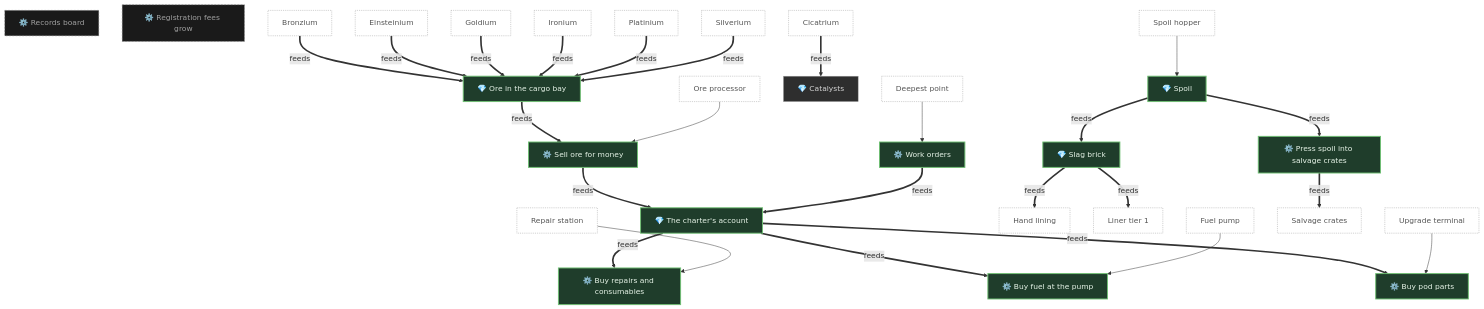
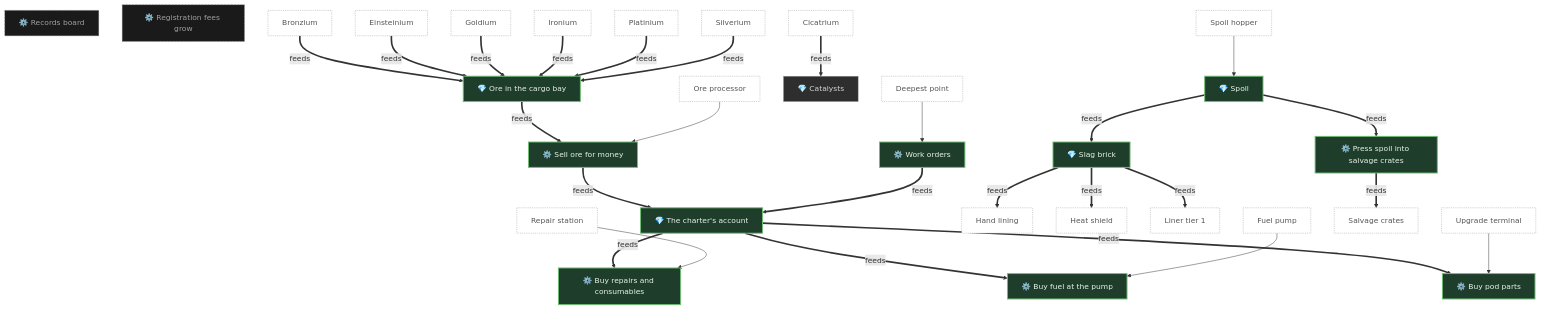
Diagram 29 of 30 in docs/FEATURE-MAP.md (pkeppeler/deepcharter), drawn with Mermaid before and after one commit. The commit also changed other lines of this file and 4 other files, not shown here.

First line of the commit message:
Feature map: merge main (#501); the heat shield is built

````diff
--- a/docs/FEATURE-MAP.md
+++ b/docs/FEATURE-MAP.md
@@ -1536,65 +1537,67 @@
 ```mermaid
 flowchart TB
   n_ore_in_bay["💎 Ore in the cargo bay"]
   n_sell_ore["⚙️ Sell ore for money"]
   n_spoil["💎 Spoil"]
   n_work_orders["⚙️ Work orders"]
   n_charter_account["💎 The charter's account"]
   n_crate_press["⚙️ Press spoil into salvage crates"]
   n_slag_brick["💎 Slag brick"]
   n_buy_consumables["⚙️ Buy repairs and consumables"]
   n_buy_fuel["⚙️ Buy fuel at the pump"]
   n_buy_parts["⚙️ Buy pod parts"]
   n_catalysts["💎 Catalysts"]
   n_records_board["⚙️ Records board"]
   n_registration_fees["⚙️ Registration fees grow"]
   n_bronzium["Bronzium"]
   n_cicatrium["Cicatrium"]
   n_deepest_point["Deepest point"]
   n_einsteinium["Einsteinium"]
   n_fuel_pump["Fuel pump"]
   n_goldium["Goldium"]
   n_hand_lining["Hand lining"]
+  n_heat_shield["Heat shield"]
   n_ironium["Ironium"]
   n_liner_t1["Liner tier 1"]
   n_ore_processor["Ore processor"]
   n_platinium["Platinium"]
   n_repair_station["Repair station"]
   n_salvage_crate["Salvage crates"]
   n_silverium["Silverium"]
   n_spoil_hopper["Spoil hopper"]
   n_upgrade_terminal["Upgrade terminal"]
   n_bronzium == feeds ==> n_ore_in_bay
   n_charter_account == feeds ==> n_buy_consumables
   n_charter_account == feeds ==> n_buy_fuel
   n_charter_account == feeds ==> n_buy_parts
   n_cicatrium == feeds ==> n_catalysts
   n_crate_press == feeds ==> n_salvage_crate
   n_deepest_point --> n_work_orders
   n_einsteinium == feeds ==> n_ore_in_bay
   n_fuel_pump --> n_buy_fuel
   n_goldium == feeds ==> n_ore_in_bay
   n_ironium == feeds ==> n_ore_in_bay
   n_ore_in_bay == feeds ==> n_sell_ore
   n_ore_processor --> n_sell_ore
   n_platinium == feeds ==> n_ore_in_bay
   n_repair_station --> n_buy_consumables
   n_sell_ore == feeds ==> n_charter_account
   n_silverium == feeds ==> n_ore_in_bay
   n_slag_brick == feeds ==> n_hand_lining
+  n_slag_brick == feeds ==> n_heat_shield
   n_slag_brick == feeds ==> n_liner_t1
   n_spoil == feeds ==> n_crate_press
   n_spoil == feeds ==> n_slag_brick
   n_spoil_hopper --> n_spoil
   n_upgrade_terminal --> n_buy_parts
   n_work_orders == feeds ==> n_charter_account
   classDef built fill:#1f3d2b,stroke:#6fbf73,stroke-width:2px,color:#e8f5e9
   classDef progress fill:#4a3a10,stroke:#f0b429,stroke-width:2px,color:#fff3d6
   classDef planned fill:#2e2e2e,stroke:#9e9e9e,stroke-width:1px,color:#d6d6d6
   classDef idea fill:#1a1a1a,stroke:#757575,stroke-width:1px,stroke-dasharray:4 3,color:#a0a0a0
   classDef ext fill:#ffffff,stroke:#999999,stroke-width:1px,stroke-dasharray:2 2,color:#555555
   class n_ore_in_bay,n_sell_ore,n_spoil,n_work_orders,n_charter_account,n_crate_press,n_slag_brick,n_buy_consumables,n_buy_fuel,n_buy_parts built
   class n_catalysts planned
   class n_records_board,n_registration_fees idea
-  class n_bronzium,n_cicatrium,n_deepest_point,n_einsteinium,n_fuel_pump,n_goldium,n_hand_lining,n_ironium,n_liner_t1,n_ore_processor,n_platinium,n_repair_station,n_salvage_crate,n_silverium,n_spoil_hopper,n_upgrade_terminal ext
+  class n_bronzium,n_cicatrium,n_deepest_point,n_einsteinium,n_fuel_pump,n_goldium,n_hand_lining,n_heat_shield,n_ironium,n_liner_t1,n_ore_processor,n_platinium,n_repair_station,n_salvage_crate,n_silverium,n_spoil_hopper,n_upgrade_terminal ext
 ```
````
